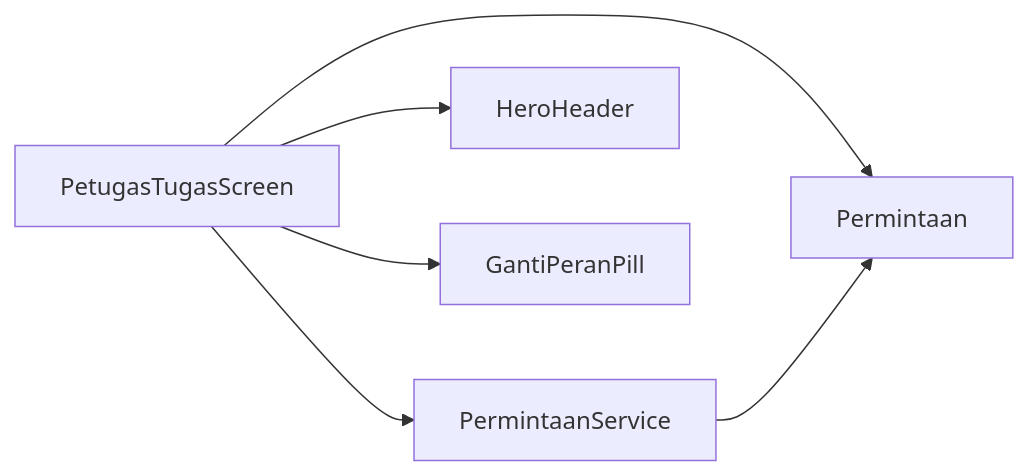
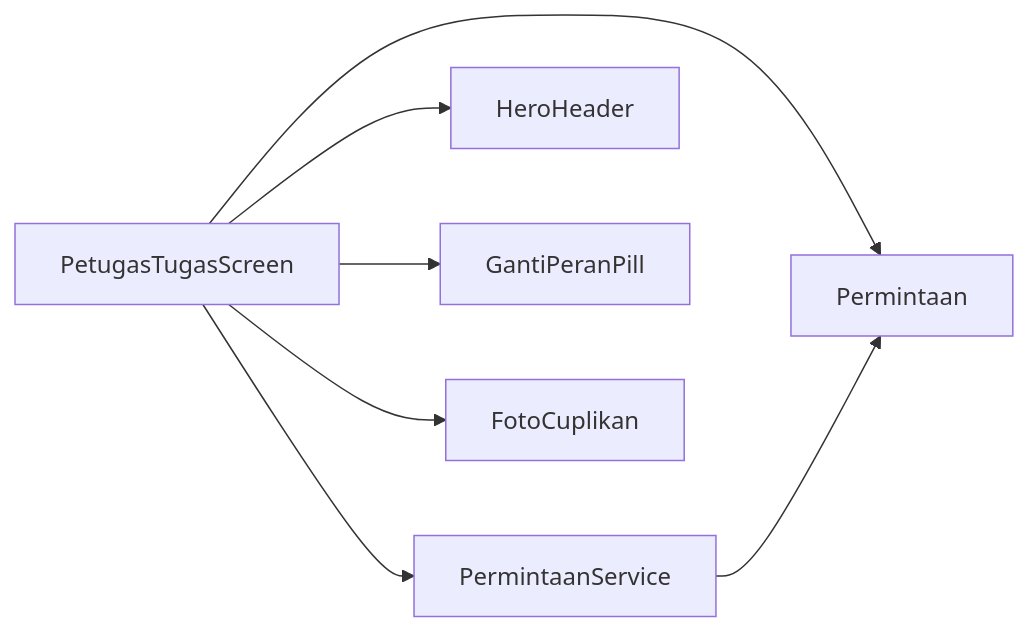
The tenth of 10 diagrams in .qoder/repowiki/en/content/Mobile Application/Staff Workflow/Task List Screen.md (rdsarjito/whoosh-ramah), drawn with Mermaid before and after one commit. The commit also changed other lines of this file and 18 other files, not shown here.

````diff
--- a/.qoder/repowiki/en/content/Mobile Application/Staff Workflow/Task List Screen.md
+++ b/.qoder/repowiki/en/content/Mobile Application/Staff Workflow/Task List Screen.md
@@ -304,8 +361,9 @@
 ```mermaid
 graph LR
 Tugas["PetugasTugasScreen"] --> Service["PermintaanService"]
 Tugas --> Model["Permintaan"]
 Tugas --> Hero["HeroHeader"]
 Tugas --> Pill["GantiPeranPill"]
+Tugas --> Thumbnail["FotoCuplikan"]
 Service --> Model
 ```
````
